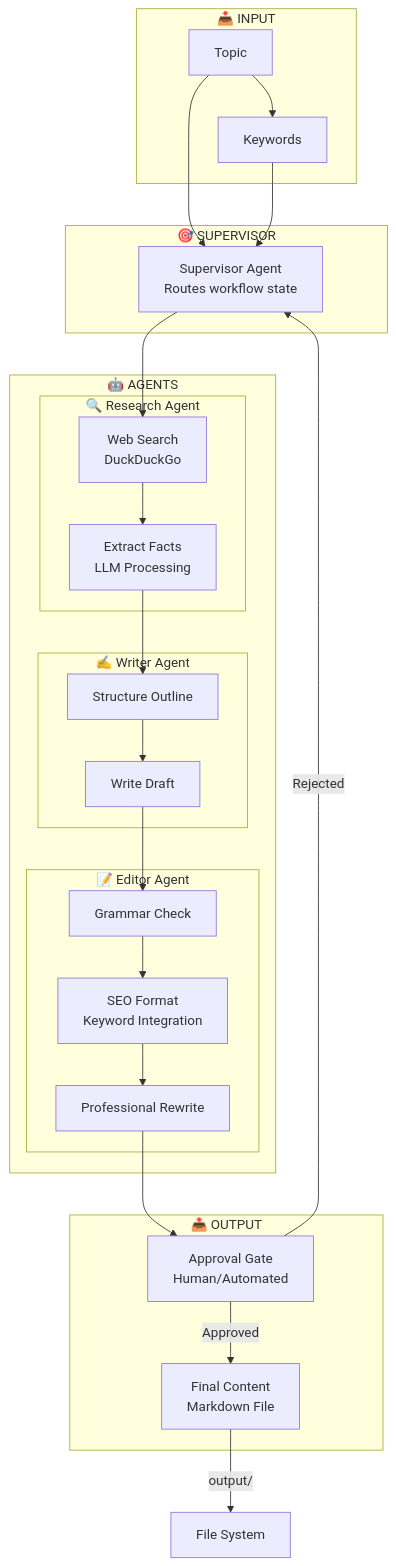
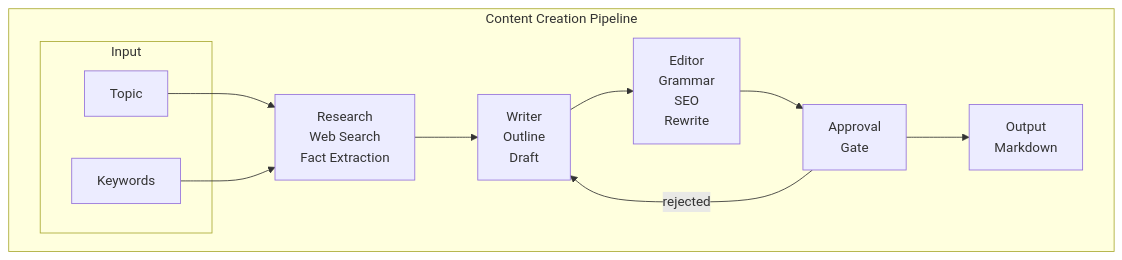
One commit to leandroea/genai-platform-engineering-portfolio changed the diagram in agentic-ai/content-creation-studio/README.md. Above: the diagram before and after it, drawn with Mermaid. The commit also changed other lines of this file and 6 other files, not shown here.

Commit message:
Pipeline architecture for content creation studio

````diff
--- a/agentic-ai/content-creation-studio/README.md
+++ b/agentic-ai/content-creation-studio/README.md
@@ -42,50 +44,25 @@
 ```mermaid
-flowchart TD
-    subgraph Input["📥 INPUT"]
-        T[Topic] --> K[Keywords]
+flowchart LR
+    subgraph Pipeline["Content Creation Pipeline"]
+        direction LR
+        
+        subgraph Input["Input"]
+            T[Topic]
+            K[Keywords]
+        end
+        
+        R[Research<br/>Web Search<br/>Fact Extraction]
+        W[Writer<br/>Outline<br/>Draft]
+        E[Editor<br/>Grammar<br/>SEO<br/>Rewrite]
+        A[Approval<br/>Gate]
+        O[Output<br/>Markdown]
+        
+        T & K --> R
+        R --> W
+        W --> E
+        E --> A
+        A --> O
     end
     
-    subgraph Supervisor["🎯 SUPERVISOR"]
-        S[Supervisor Agent<br/>Routes workflow state]
-    end
-    
-    subgraph Agents["🤖 AGENTS"]
-        subgraph Research["🔍 Research Agent"]
-            R1[Web Search<br/>DuckDuckGo]
-            R2[Extract Facts<br/>LLM Processing]
-        end
-        
-        subgraph Writer["✍️ Writer Agent"]
-            W1[Structure Outline]
-            W2[Write Draft]
-        end
-        
-        subgraph Editor["📝 Editor Agent"]
-            E1[Grammar Check]
-            E2[SEO Format<br/>Keyword Integration]
-            E3[Professional Rewrite]
-        end
-    end
-    
-    subgraph Output["📤 OUTPUT"]
-        A[Approval Gate<br/>Human/Automated]
-        O[Final Content<br/>Markdown File]
-    end
-    
-    T --> S
-    K --> S
-    
-    S --> R1
-    R1 --> R2
-    R2 --> W1
-    W1 --> W2
-    W2 --> E1
-    E1 --> E2
-    E2 --> E3
-    E3 --> A
-    
-    A -->|Approved| O
-    A -->|Rejected| S
-    
-    O -->|"output/"| FS[File System]
+    A -->|rejected| W
 ```
````
